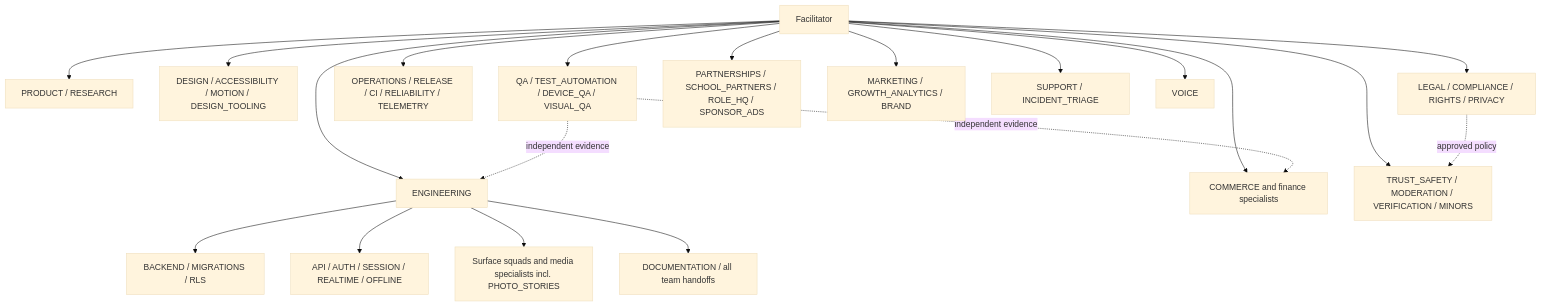
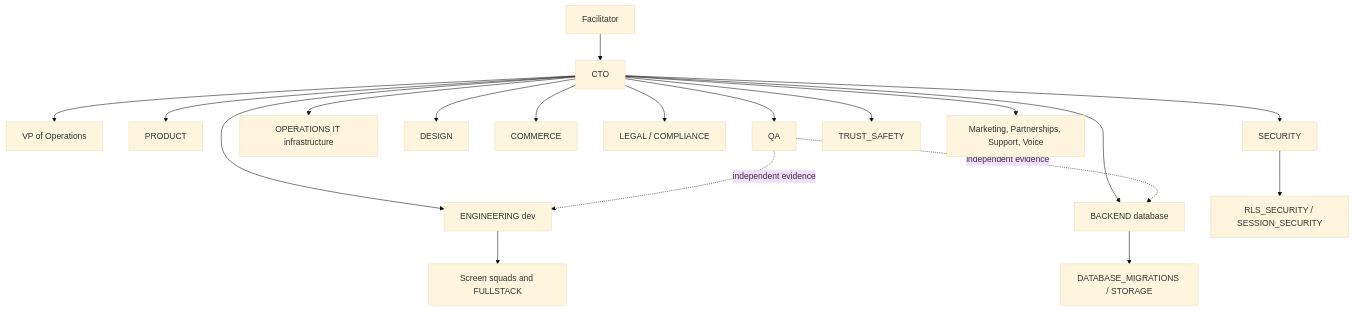
The diagram in docs/agents/TEAM_HIERARCHY.md (logoitino/ala), drawn with Mermaid (base theme) before and after one commit. The commit also changed other lines of this file and 108 other files, not shown here.

````diff
--- a/docs/agents/TEAM_HIERARCHY.md
+++ b/docs/agents/TEAM_HIERARCHY.md
@@ -104,23 +107,22 @@
 ```mermaid
 flowchart TB
   F[Facilitator]
-  F --> P[PRODUCT / RESEARCH]
-  F --> D[DESIGN / ACCESSIBILITY / MOTION / DESIGN_TOOLING]
-  F --> E[ENGINEERING]
-  E --> BE[BACKEND / MIGRATIONS / RLS]
-  E --> C[API / AUTH / SESSION / REALTIME / OFFLINE]
-  E --> S[Surface squads and media specialists incl. PHOTO_STORIES]
-  E --> DOC[DOCUMENTATION / all team handoffs]
-  F --> FI[COMMERCE and finance specialists]
-  F --> L[LEGAL / COMPLIANCE / RIGHTS / PRIVACY]
-  F --> T[TRUST_SAFETY / MODERATION / VERIFICATION / MINORS]
-  F --> O[OPERATIONS / RELEASE / CI / RELIABILITY / TELEMETRY]
-  F --> Q[QA / TEST_AUTOMATION / DEVICE_QA / VISUAL_QA]
-  F --> PA[PARTNERSHIPS / SCHOOL_PARTNERS / ROLE_HQ / SPONSOR_ADS]
-  F --> M[MARKETING / GROWTH_ANALYTICS / BRAND]
-  F --> SU[SUPPORT / INCIDENT_TRIAGE]
-  F --> B[VOICE]
+  F --> CTO[CTO]
+  CTO --> VP[VP of Operations]
+  CTO --> P[PRODUCT]
+  CTO --> E[ENGINEERING dev]
+  CTO --> SEC[SECURITY]
+  CTO --> O[OPERATIONS IT infrastructure]
+  CTO --> BE[BACKEND database]
+  CTO --> D[DESIGN]
+  CTO --> FI[COMMERCE]
+  CTO --> L[LEGAL / COMPLIANCE]
+  CTO --> Q[QA]
+  CTO --> T[TRUST_SAFETY]
+  CTO --> REST[Marketing, Partnerships, Support, Voice]
+  E --> S[Screen squads and FULLSTACK]
+  SEC --> RLS[RLS_SECURITY / SESSION_SECURITY]
+  BE --> DB[DATABASE_MIGRATIONS / STORAGE]
   Q -. independent evidence .-> E
-  Q -. independent evidence .-> FI
-  L -. approved policy .-> T
+  Q -. independent evidence .-> BE
 ```
````
